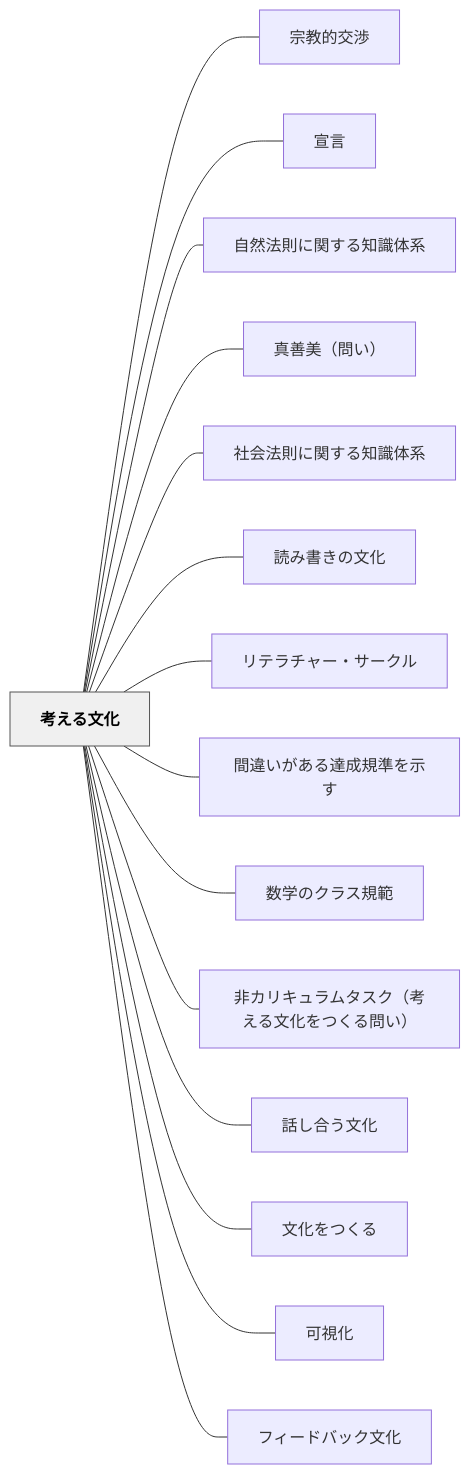
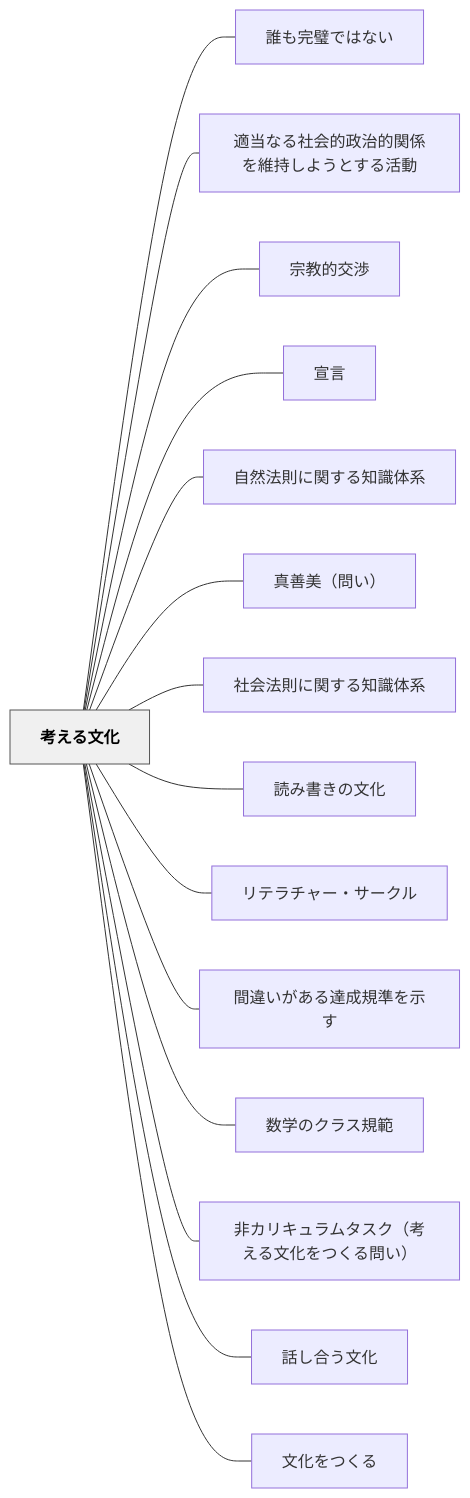
The diagram in content/パタン/考える文化.md (unknownthings-ed-patterns/unknownthings-ed-patterns), drawn with Mermaid before and after one commit. The commit also changed other lines of this file and 35 other files, not shown here.

````diff
--- a/content/パタン/考える文化.md
+++ b/content/パタン/考える文化.md
@@ -91,36 +93,36 @@
 ```mermaid
 flowchart LR
     ne88083e38188e3828be69687e58c96["考える文化"]
+    ne8aab0e38282e5ae8ce792a7e381a7e381afe381aae38184["誰も完璧ではない"]
+    ne981a9e5bd93e381aae3828be7a4bee4bc9ae79a84e694bfe6b2bbe79a84e996a2e4bf82e38292e7b6ade68c81e38197e38288e38186e381a8e38199e3828be6b4bbe58b95["適当なる社会的政治的関係を維持しようとする活動"]
     ne5ae97e69599e79a84e4baa4e6b889["宗教的交渉"]
     ne5aea3e8a880["宣言"]
     ne887aae784b6e6b395e58987e381abe996a2e38199e3828be79fa5e8ad98e4bd93e7b3bb["自然法則に関する知識体系"]
     ne79c9fe59684e7be8eefbc88e5958fe38184efbc89["真善美（問い）"]
     ne7a4bee4bc9ae6b395e58987e381abe996a2e38199e3828be79fa5e8ad98e4bd93e7b3bb["社会法則に関する知識体系"]
     ne8aaade381bfe69bb8e3818de381aee69687e58c96["読み書きの文化"]
     ne383aae38386e383a9e38381e383a3e383bce383bbe382b5e383bce382afe383ab["リテラチャー・サークル"]
     ne99693e98195e38184e3818ce38182e3828be98194e68890e8a68fe6ba96e38292e7a4bae38199["間違いがある達成規準を示す"]
     ne695b0e5ada6e381aee382afe383a9e382b9e8a68fe7af84["数学のクラス規範"]
     ne99d9ee382abe383aae382ade383a5e383a9e383a0e382bfe382b9e382afefbc88e88083e38188e3828be69687e58c96e38292e381a4e3818fe3828be5958fe38184efbc89["非カリキュラムタスク（考える文化をつくる問い）"]
     ne8a9b1e38197e59088e38186e69687e58c96["話し合う文化"]
     ne69687e58c96e38292e381a4e3818fe3828b["文化をつくる"]
-    ne58fafe8a696e58c96["可視化"]
-    ne38395e382a3e383bce38389e38390e38383e382afe69687e58c96["フィードバック文化"]
 
+    ne88083e38188e3828be69687e58c96 --- ne8aab0e38282e5ae8ce792a7e381a7e381afe381aae38184
+    ne88083e38188e3828be69687e58c96 --- ne981a9e5bd93e381aae3828be7a4bee4bc9ae79a84e694bfe6b2bbe79a84e996a2e4bf82e38292e7b6ade68c81e38197e38288e38186e381a8e38199e3828be6b4bbe58b95
     ne88083e38188e3828be69687e58c96 --- ne5ae97e69599e79a84e4baa4e6b889
     ne88083e38188e3828be69687e58c96 --- ne5aea3e8a880
     ne88083e38188e3828be69687e58c96 --- ne887aae784b6e6b395e58987e381abe996a2e38199e3828be79fa5e8ad98e4bd93e7b3bb
     ne88083e38188e3828be69687e58c96 --- ne79c9fe59684e7be8eefbc88e5958fe38184efbc89
     ne88083e38188e3828be69687e58c96 --- ne7a4bee4bc9ae6b395e58987e381abe996a2e38199e3828be79fa5e8ad98e4bd93e7b3bb
     ne88083e38188e3828be69687e58c96 --- ne8aaade381bfe69bb8e3818de381aee69687e58c96
     ne88083e38188e3828be69687e58c96 --- ne383aae38386e383a9e38381e383a3e383bce383bbe382b5e383bce382afe383ab
     ne88083e38188e3828be69687e58c96 --- ne99693e98195e38184e3818ce38182e3828be98194e68890e8a68fe6ba96e38292e7a4bae38199
     ne88083e38188e3828be69687e58c96 --- ne695b0e5ada6e381aee382afe383a9e382b9e8a68fe7af84
     ne88083e38188e3828be69687e58c96 --- ne99d9ee382abe383aae382ade383a5e383a9e383a0e382bfe382b9e382afefbc88e88083e38188e3828be69687e58c96e38292e381a4e3818fe3828be5958fe38184efbc89
     ne88083e38188e3828be69687e58c96 --- ne8a9b1e38197e59088e38186e69687e58c96
     ne88083e38188e3828be69687e58c96 --- ne69687e58c96e38292e381a4e3818fe3828b
-    ne88083e38188e3828be69687e58c96 --- ne58fafe8a696e58c96
-    ne88083e38188e3828be69687e58c96 --- ne38395e382a3e383bce38389e38390e38383e382afe69687e58c96
 
     classDef hub fill:#f0f0f0,stroke:#555,color:#000,font-weight:bold
     class ne88083e38188e3828be69687e58c96 hub
 ```
````
